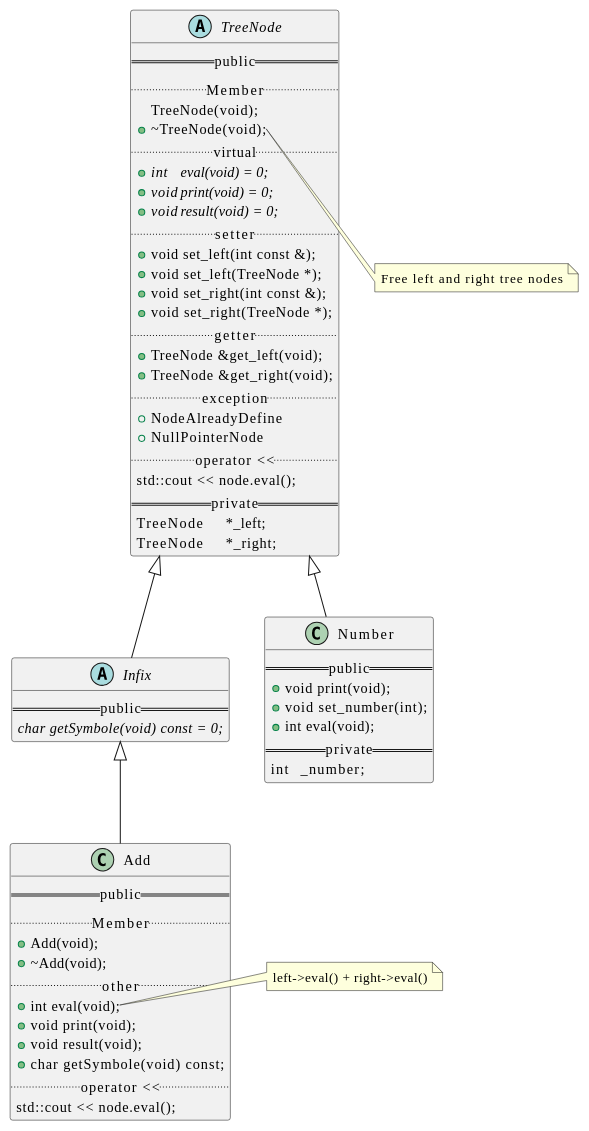
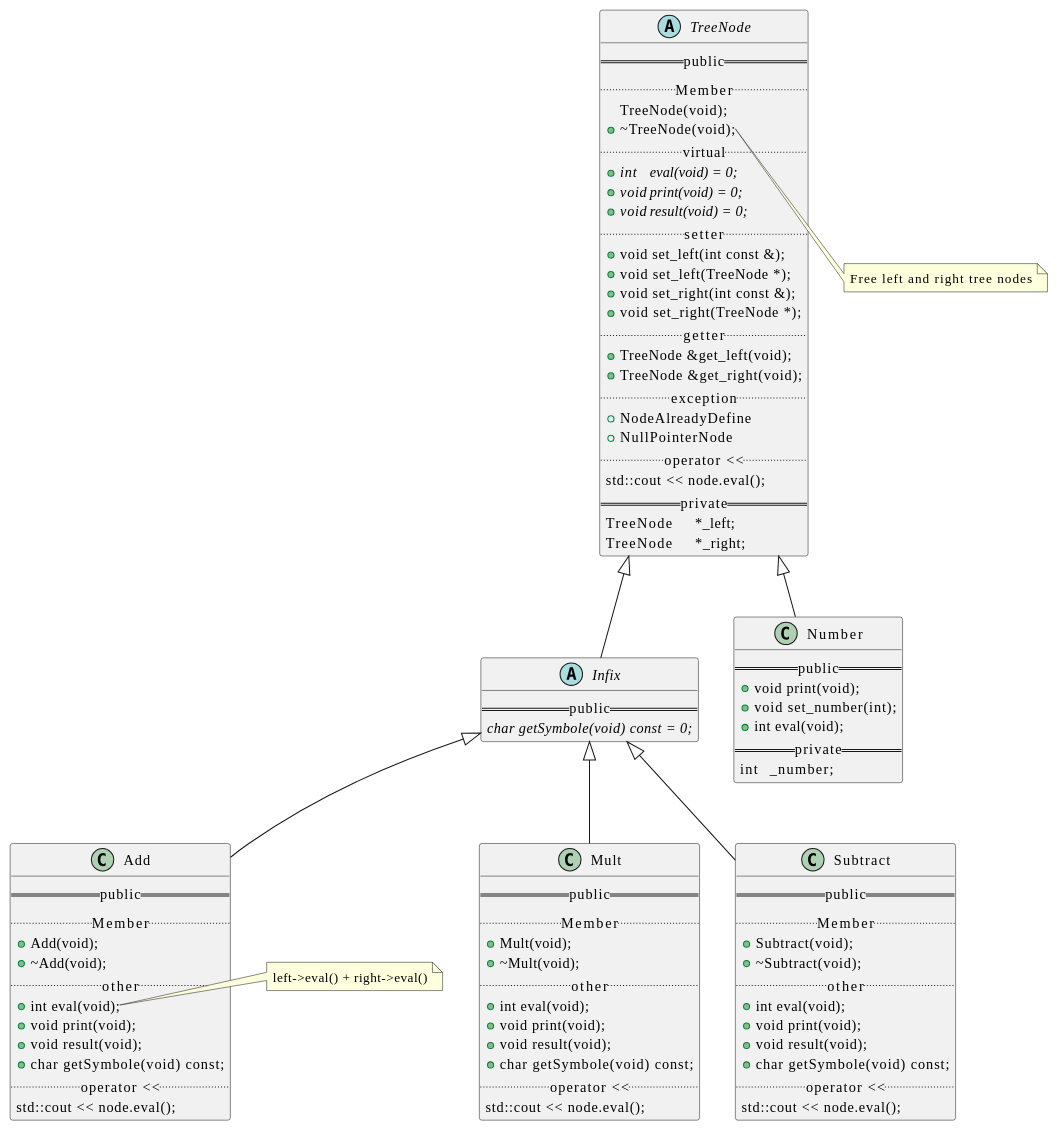
Before and after one commit to t-h2o/parsmath: diagram 12 of 13 in assets/README.adoc, drawn with PlantUML. The commit also changed 1 other file, not shown here.

Commit message:
doc: add Mult and Subtract into class

```diff
--- a/assets/README.adoc
+++ b/assets/README.adoc
@@ -221,6 +221,34 @@
   left->eval() + right->eval()
 end note
 
+class Mult {
+  == public ==
+  .. Member ..
+  +Mult(void);
+  +~Mult(void);
+  .. other ..
+  +int eval(void);
+  +void print(void);
+  +void result(void);
+  +char getSymbole(void) const;
+  .. operator << ..
+  std::cout << node.eval();
+}
+
+class Subtract {
+  == public ==
+  .. Member ..
+  +Subtract(void);
+  +~Subtract(void);
+  .. other ..
+  +int eval(void);
+  +void print(void);
+  +void result(void);
+  +char getSymbole(void) const;
+  .. operator << ..
+  std::cout << node.eval();
+}
+
 class Number {
   == public ==
   +void print(void);
@@ -233,6 +261,8 @@
 TreeNode <|-- Infix
 TreeNode <|-- Number
 Infix <|-- Add
+Infix <|-- Subtract
+Infix <|-- Mult
 
 @enduml
 ....
```
